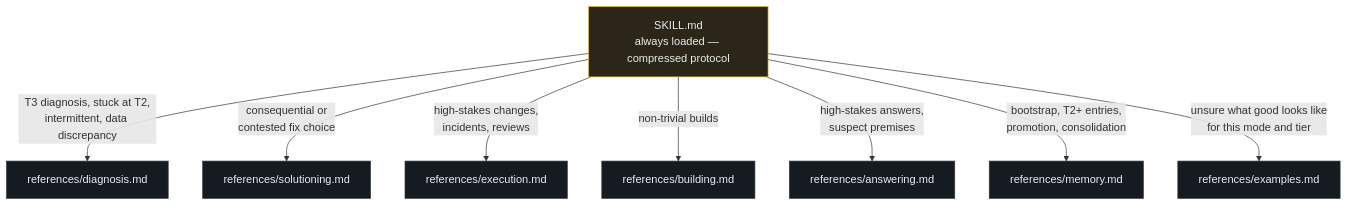
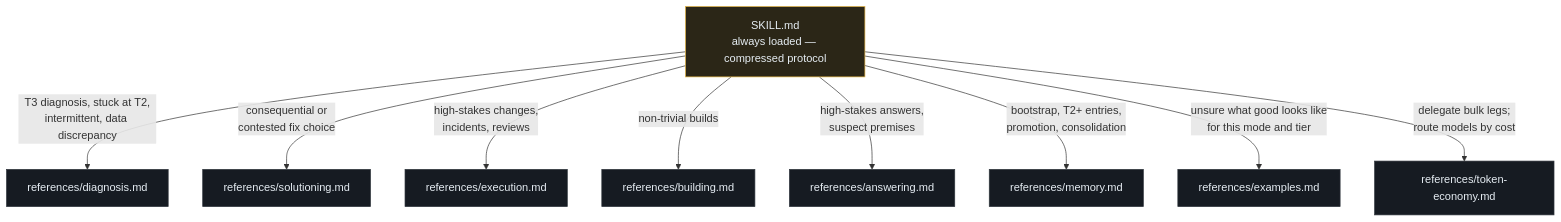
Before and after one commit to victor-alpha-95/fable-method: the first of 3 diagrams in docs/architecture.md, drawn with Mermaid. The commit also changed other lines of this file, not shown here.

Commit message:
Sync architecture.md: add token-economy layer section and diagram node

````diff
--- a/docs/architecture.md
+++ b/docs/architecture.md
@@ -9,19 +9,21 @@
 ```mermaid
 flowchart TD
     S["SKILL.md<br/>always loaded — compressed protocol"]
     S -->|"T3 diagnosis, stuck at T2,<br/>intermittent, data discrepancy"| D["references/diagnosis.md"]
     S -->|"consequential or<br/>contested fix choice"| SO["references/solutioning.md"]
     S -->|"high-stakes changes,<br/>incidents, reviews"| E["references/execution.md"]
     S -->|"non-trivial builds"| B["references/building.md"]
     S -->|"high-stakes answers,<br/>suspect premises"| A["references/answering.md"]
     S -->|"bootstrap, T2+ entries,<br/>promotion, consolidation"| M["references/memory.md"]
     S -->|"unsure what good looks like<br/>for this mode and tier"| X["references/examples.md"]
+    S -->|"delegate bulk legs;<br/>route models by cost"| TE["references/token-economy.md"]
     style S fill:#2b2617,stroke:#e3b341,color:#e6edf3
     style D fill:#161b22,stroke:#30363d,color:#e6edf3
     style SO fill:#161b22,stroke:#30363d,color:#e6edf3
     style E fill:#161b22,stroke:#30363d,color:#e6edf3
     style B fill:#161b22,stroke:#30363d,color:#e6edf3
     style A fill:#161b22,stroke:#30363d,color:#e6edf3
     style M fill:#161b22,stroke:#30363d,color:#e6edf3
     style X fill:#161b22,stroke:#30363d,color:#e6edf3
+    style TE fill:#161b22,stroke:#30363d,color:#e6edf3
 ```
````
